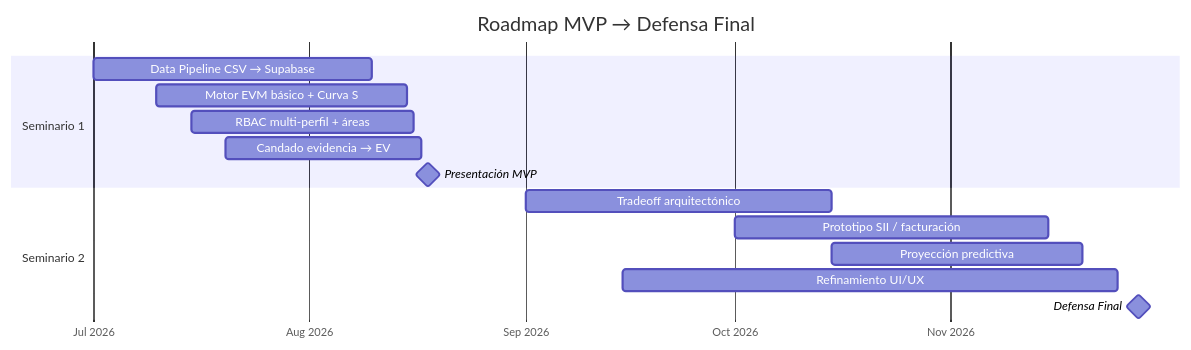
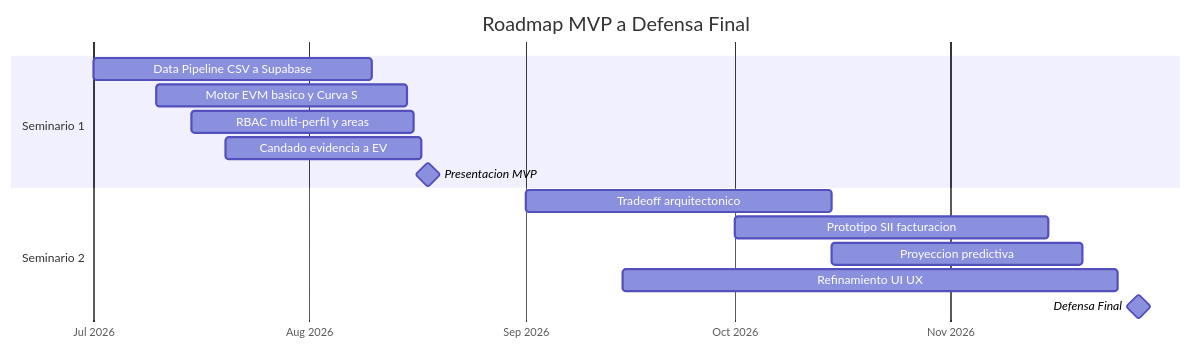
One commit to CrisLogOps/UNAB-EVM changed the fifth of 5 diagrams in README.md. Above: the diagram before and after it, drawn with Mermaid. The commit also changed other lines of this file, not shown here.

First line of the commit message:
fix(docs): compatibilizar diagramas Mermaid con el renderer de GitHub.

````diff
--- a/README.md
+++ b/README.md
@@ -338,20 +340,20 @@
 ```mermaid
 gantt
-    title Roadmap MVP → Defensa Final
+    title Roadmap MVP a Defensa Final
     dateFormat  YYYY-MM-DD
     axisFormat  %b %Y
 
     section Seminario 1
-    Data Pipeline CSV → Supabase           :a1, 2026-07-01, 2026-08-10
-    Motor EVM básico + Curva S             :a2, 2026-07-10, 2026-08-15
-    RBAC multi-perfil + áreas              :a3, 2026-07-15, 2026-08-16
-    Candado evidencia → EV                 :a4, 2026-07-20, 2026-08-17
-    Presentación MVP                       :milestone, m1, 2026-08-18, 0d
+    Data Pipeline CSV a Supabase           :a1, 2026-07-01, 2026-08-10
+    Motor EVM basico y Curva S             :a2, 2026-07-10, 2026-08-15
+    RBAC multi-perfil y areas              :a3, 2026-07-15, 2026-08-16
+    Candado evidencia a EV                 :a4, 2026-07-20, 2026-08-17
+    Presentacion MVP                       :milestone, m1, 2026-08-18, 0d
 
     section Seminario 2
-    Tradeoff arquitectónico                :b1, 2026-09-01, 2026-10-15
-    Prototipo SII / facturación            :b2, 2026-10-01, 2026-11-15
-    Proyección predictiva                  :b3, 2026-10-15, 2026-11-20
-    Refinamiento UI/UX                     :b4, 2026-09-15, 2026-11-25
+    Tradeoff arquitectonico                :b1, 2026-09-01, 2026-10-15
+    Prototipo SII facturacion              :b2, 2026-10-01, 2026-11-15
+    Proyeccion predictiva                  :b3, 2026-10-15, 2026-11-20
+    Refinamiento UI UX                     :b4, 2026-09-15, 2026-11-25
     Defensa Final                          :milestone, m2, 2026-11-28, 0d
 ```
````
